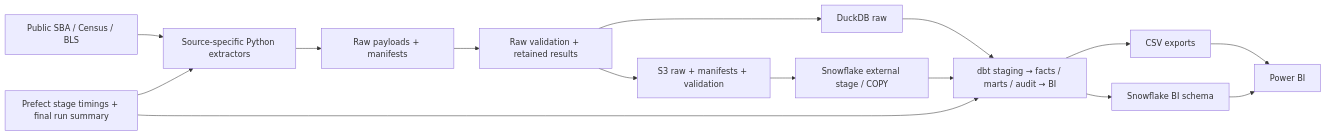
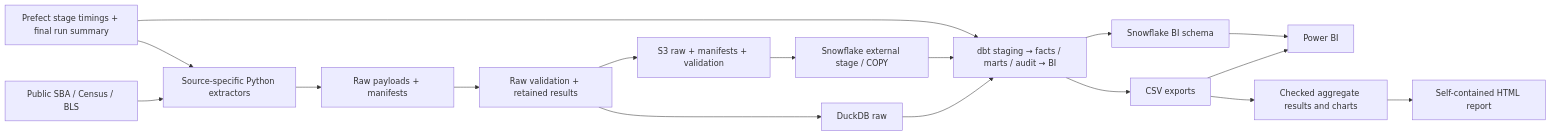
One commit to stevennitesh/small-business-lending-pipeline changed the diagram in docs/detailed/architecture.md. Above: the diagram before and after it, drawn with Mermaid. The commit also changed other lines of this file and 32 other files, not shown here.

````diff
--- a/docs/detailed/architecture.md
+++ b/docs/detailed/architecture.md
@@ -7,17 +9,19 @@
 ```mermaid
 flowchart LR
     A[Public SBA / Census / BLS] --> E[Source-specific Python extractors]
     E --> R[Raw payloads + manifests]
     R --> V[Raw validation + retained results]
     V --> D[DuckDB raw]
     V --> S[S3 raw + manifests + validation]
     S --> N[Snowflake external stage / COPY]
     D --> T[dbt staging → facts / marts / audit → BI]
     N --> T
     T --> C[CSV exports]
     T --> B[Snowflake BI schema]
     C --> P[Power BI]
     B --> P
+    C --> G[Checked aggregate results and charts]
+    G --> H[Self-contained HTML report]
     F[Prefect stage timings + final run summary] --> E
     F --> T
 ```
````
